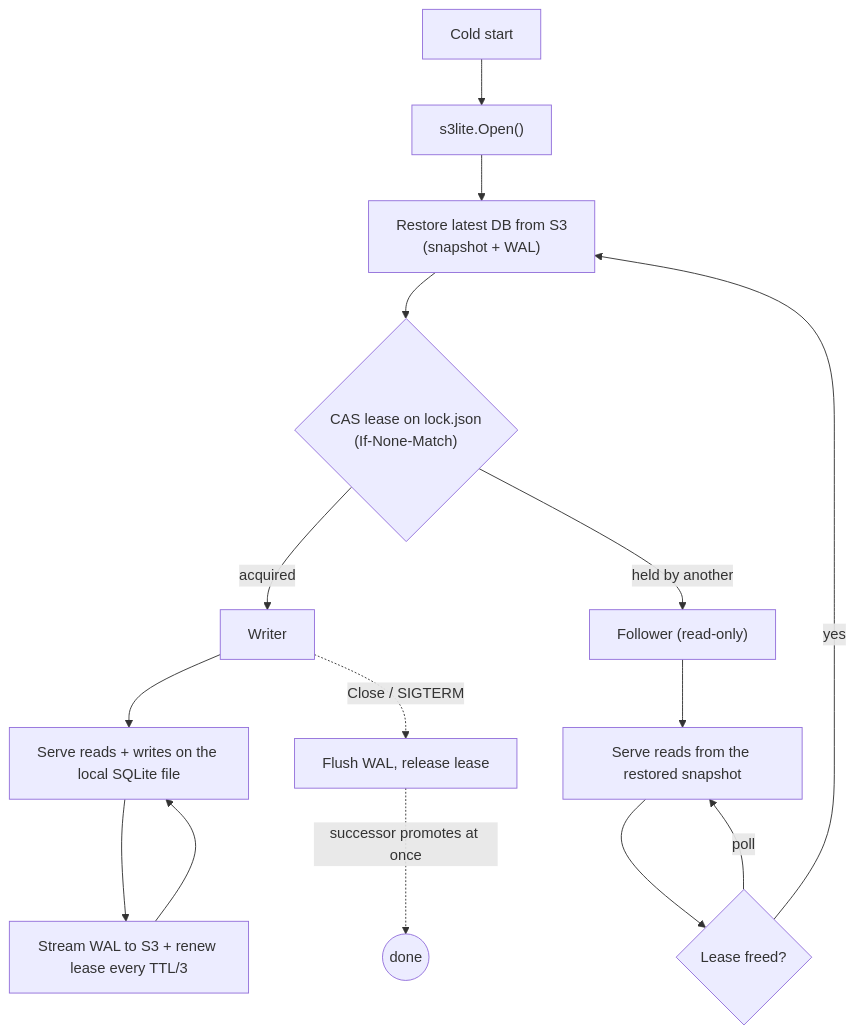
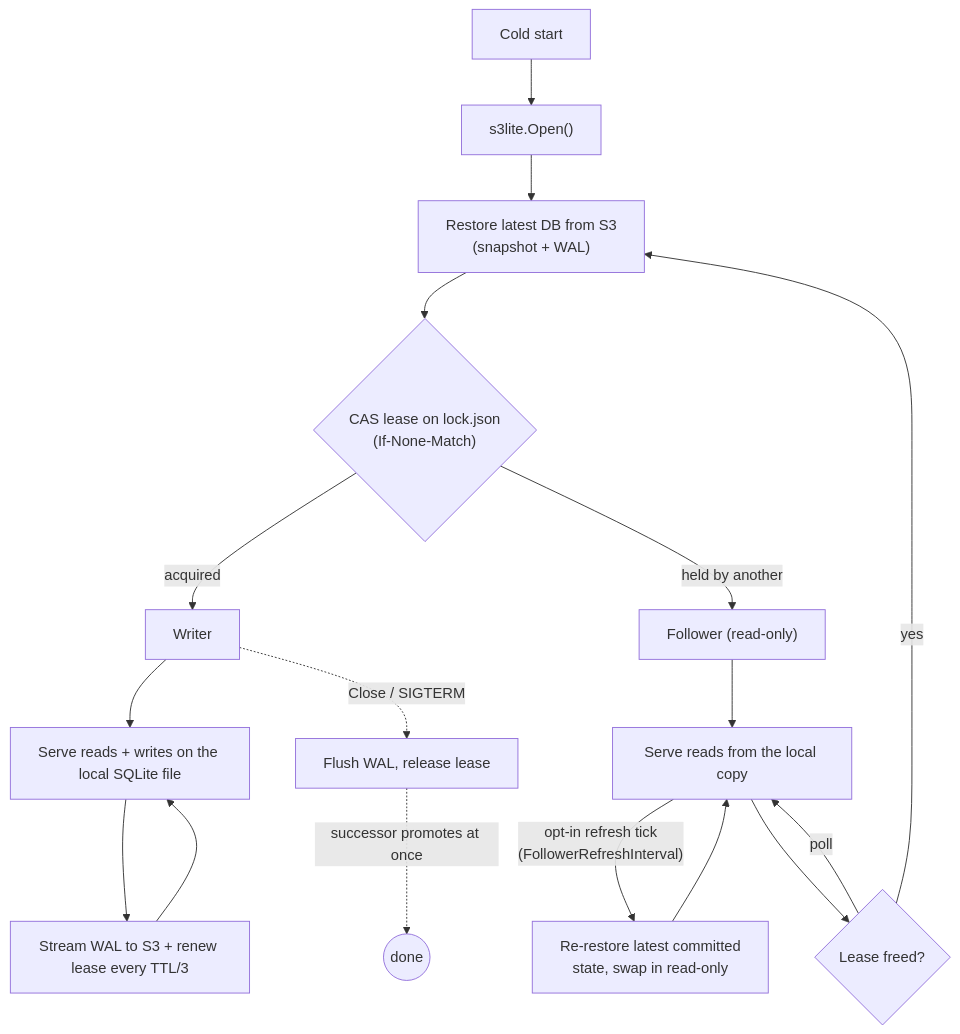
Before and after one commit to atmin/s3lite: the diagram in README.md, drawn with Mermaid. The commit also changed other lines of this file, not shown here.

Commit message:
docs: reflect opt-in follower refresh

````diff
--- a/README.md
+++ b/README.md
@@ -32,20 +32,22 @@
 ```mermaid
 flowchart TD
     S[Cold start] --> O["s3lite.Open()"]
     O --> R["Restore latest DB from S3<br/>(snapshot + WAL)"]
     R --> L{"CAS lease on lock.json<br/>(If-None-Match)"}
     L -->|acquired| W[Writer]
     L -->|held by another| F["Follower (read-only)"]
 
     W --> WS[Serve reads + writes on the local SQLite file]
     WS --> WR[Stream WAL to S3 + renew lease every TTL/3]
     WR --> WS
 
-    F --> FS[Serve reads from the restored snapshot]
+    F --> FS[Serve reads from the local copy]
+    FS -->|"opt-in refresh tick<br/>(FollowerRefreshInterval)"| FR["Re-restore latest committed<br/>state, swap in read-only"]
+    FR --> FS
     FS --> FP{Lease freed?}
     FP -->|poll| FS
     FP -->|yes| R
 
     W -. "Close / SIGTERM" .-> C[Flush WAL, release lease]
     C -. successor promotes at once .-> X((done))
 ```
````
